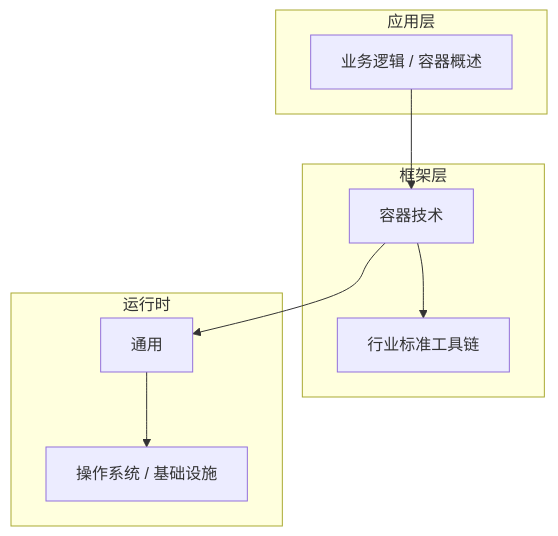
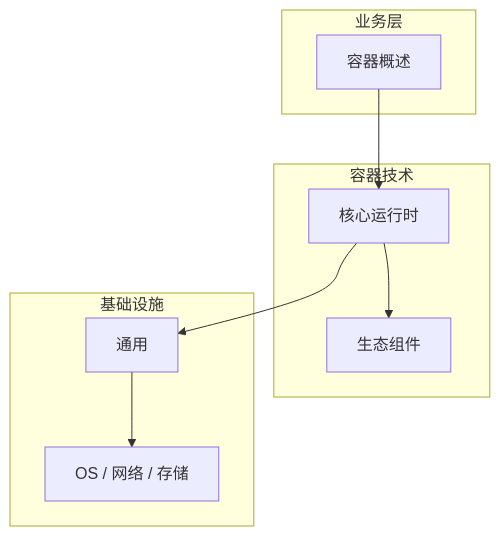
One commit to yanggan2015/knowledge-json-v2 changed the diagram in articles/容器技术/chapters/001-容器概述核心概念与原理.md. Above: the diagram before and after it, drawn with Mermaid. The commit also changed other lines of this file and 10127 other files, not shown here.

````diff
--- a/articles/容器技术/chapters/001-容器概述核心概念与原理.md
+++ b/articles/容器技术/chapters/001-容器概述核心概念与原理.md
@@ -45,18 +34,18 @@
 ```mermaid
 graph TB
-    subgraph 应用层
-        A[业务逻辑 / 容器概述]
+    subgraph 业务层
+        A[容器概述]
     end
-    subgraph 框架层
-        B[容器技术]
-        C[行业标准工具链]
+    subgraph 容器技术
+        B[核心运行时]
+        C[生态组件]
     end
-    subgraph 运行时
+    subgraph 基础设施
         D[通用]
-        E[操作系统 / 基础设施]
+        E[OS / 网络 / 存储]
     end
     A --> B
     B --> C
     B --> D
     D --> E
 ```
````
